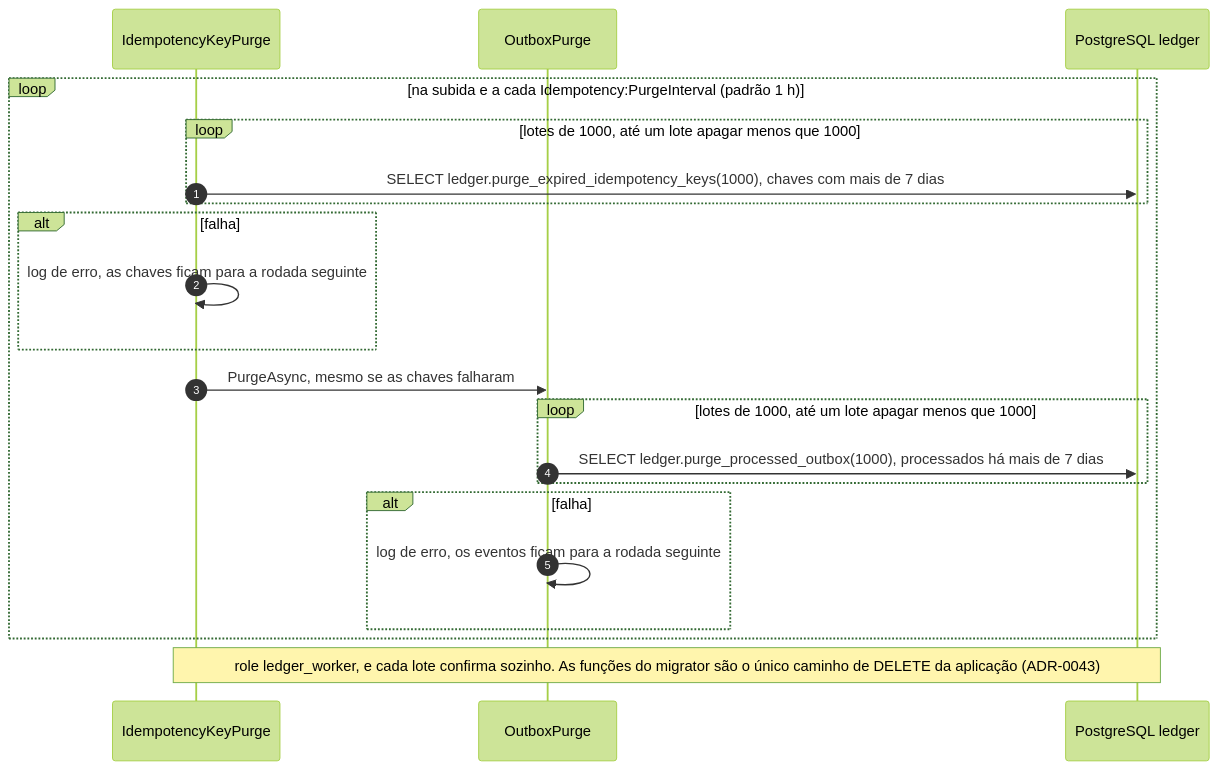
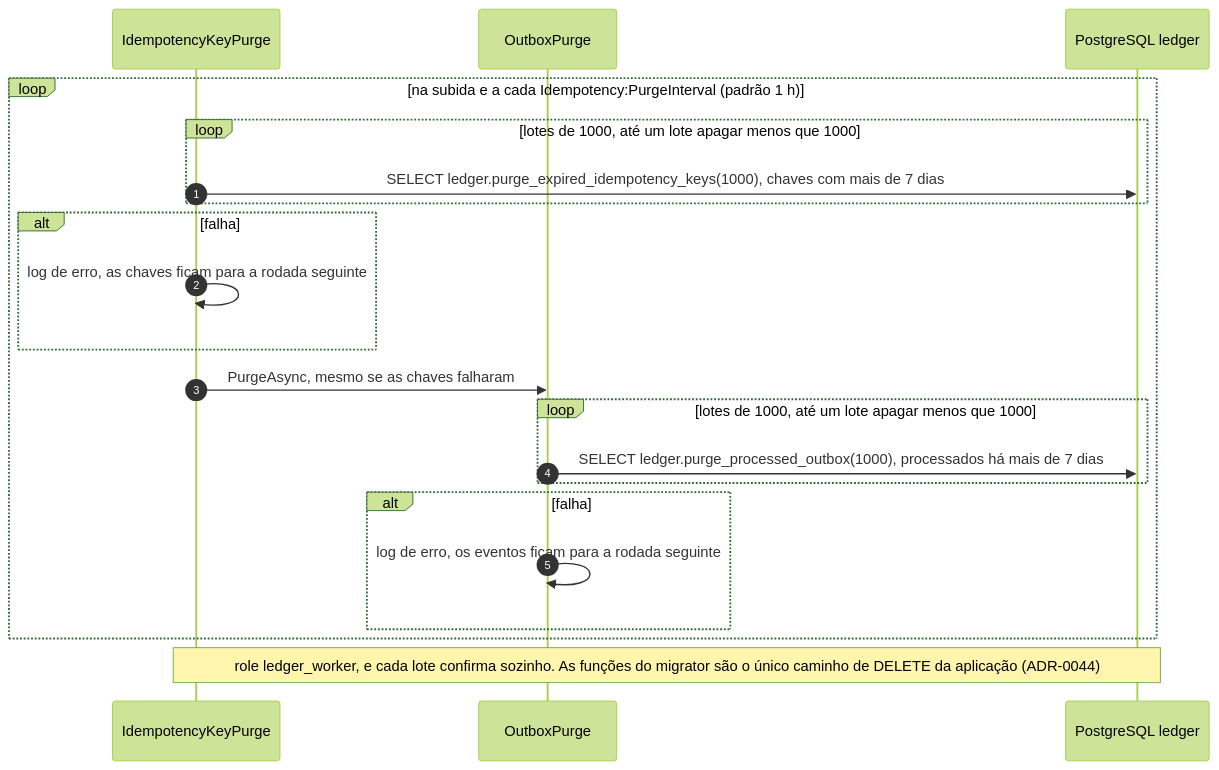
Before and after one commit to arthuurw/desafio-arquiteto-keyrus: the eighth of 8 diagrams in docs/arquitetura/fluxos-ledger.md, drawn with Mermaid (forest theme). The commit also changed other lines of this file and 31 other files, not shown here.

````diff
--- a/docs/arquitetura/fluxos-ledger.md
+++ b/docs/arquitetura/fluxos-ledger.md
@@ -385,24 +385,24 @@
 ```mermaid
 sequenceDiagram
   autonumber
   participant P as IdempotencyKeyPurge
   participant O as OutboxPurge
   participant DB as PostgreSQL ledger
 
   loop na subida e a cada Idempotency:PurgeInterval (padrão 1 h)
     loop lotes de 1000, até um lote apagar menos que 1000
       P->>DB: SELECT ledger.purge_expired_idempotency_keys(1000), chaves com mais de 7 dias
     end
     alt falha
       P->>P: log de erro, as chaves ficam para a rodada seguinte
     end
     P->>O: PurgeAsync, mesmo se as chaves falharam
     loop lotes de 1000, até um lote apagar menos que 1000
       O->>DB: SELECT ledger.purge_processed_outbox(1000), processados há mais de 7 dias
     end
     alt falha
       O->>O: log de erro, os eventos ficam para a rodada seguinte
     end
   end
-  Note over P,DB: role ledger_worker, e cada lote confirma sozinho. As funções do migrator são o único caminho de DELETE da aplicação (ADR-0043)
+  Note over P,DB: role ledger_worker, e cada lote confirma sozinho. As funções do migrator são o único caminho de DELETE da aplicação (ADR-0044)
 ```
````
